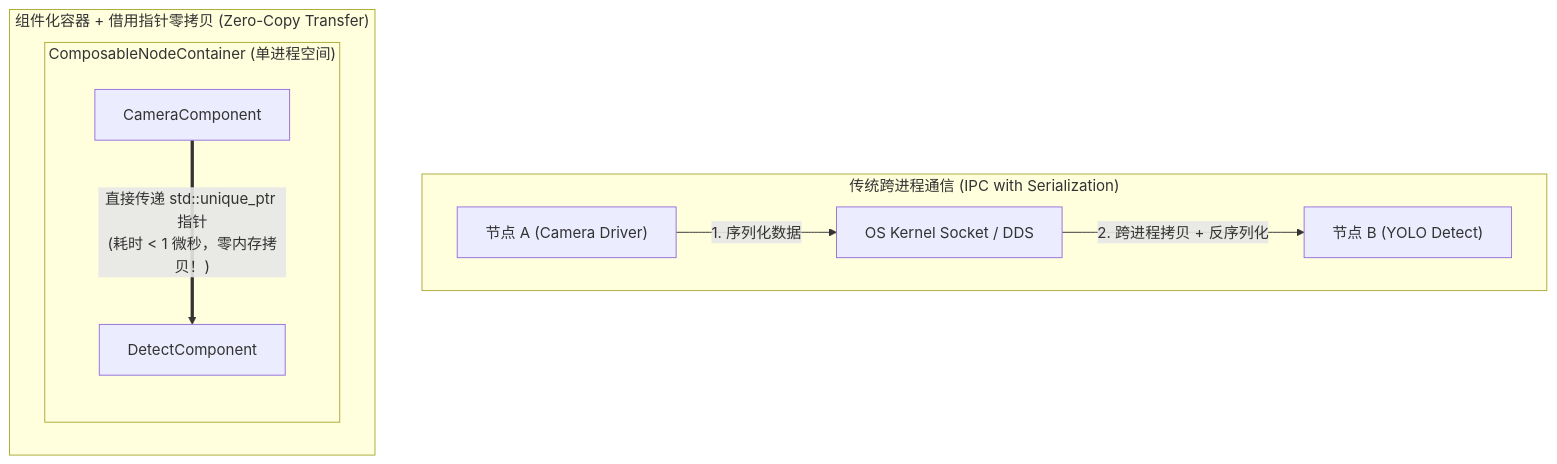
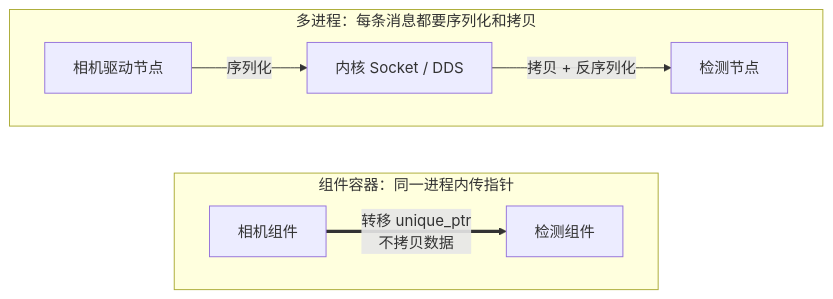
Before and after one commit to TingdeLiu/tingdeliu.github.io: diagram 12 of 21 in _posts/research/2026-03-05-ROS2-Survey.md, drawn with Mermaid. The commit also changed other lines of this file, not shown here.

````diff
--- a/_posts/research/2026-03-05-ROS2-Survey.md
+++ b/_posts/research/2026-03-05-ROS2-Survey.md
@@ -692,15 +630,15 @@
 ```mermaid
 flowchart TB
-    subgraph Traditional["传统跨进程通信 (IPC with Serialization)"]
-        P1["节点 A (Camera Driver)"] -->|"1. 序列化数据"| K["OS Kernel Socket / DDS"]
-        K -->|"2. 跨进程拷贝 + 反序列化"| P2["节点 B (YOLO Detect)"]
+    subgraph Traditional["多进程：每条消息都要序列化和拷贝"]
+        direction LR
+        P1["相机驱动节点"] -->|序列化| K["内核 Socket / DDS"]
+        K -->|拷贝 + 反序列化| P2["检测节点"]
     end
 
-    subgraph ZeroCopy["组件化容器 + 借用指针零拷贝 (Zero-Copy Transfer)"]
-        subgraph Container["ComposableNodeContainer (单进程空间)"]
-            C1["CameraComponent"]
-            C2["DetectComponent"]
-            C1 ==>|"直接传递 std::unique_ptr 指针<br/>(耗时 < 1 微秒，零内存拷贝！)"| C2
-        end
+    subgraph Container["组件容器：同一进程内传指针"]
+        direction LR
+        C1["相机组件"] ==>|"转移 unique_ptr<br/>不拷贝数据"| C2["检测组件"]
     end
+
+    Traditional ~~~ Container
 ```
````
